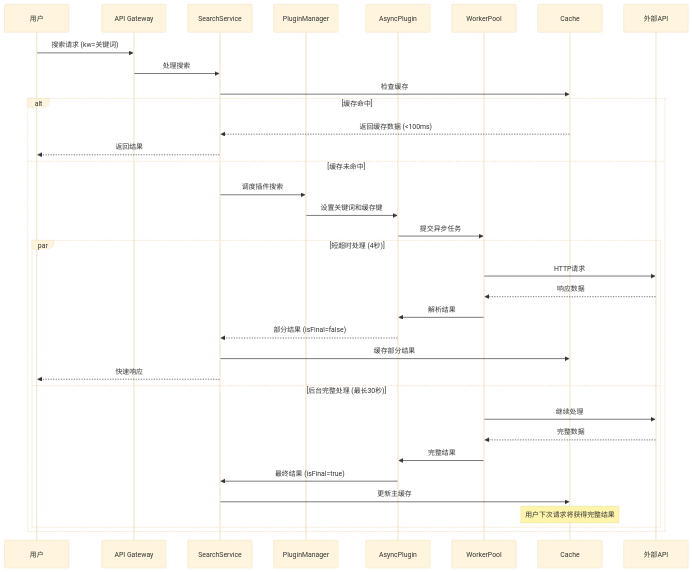
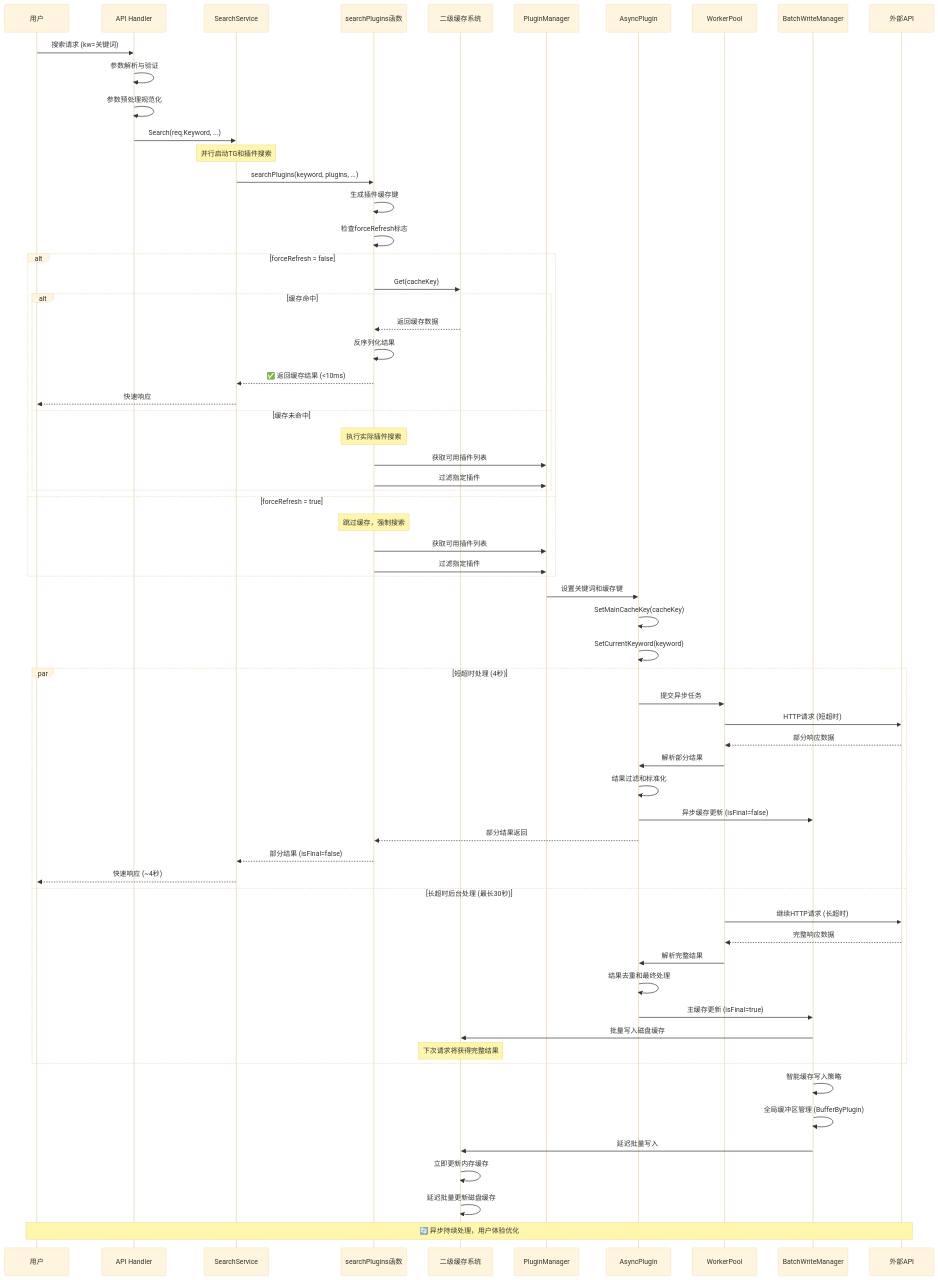
One commit to yunwuyue89/panyisou changed the second of 3 diagrams in docs/系统开发设计文档.md. Above: the diagram before and after it, drawn with Mermaid (base theme). The commit also changed other lines of this file, not shown here.

````diff
--- a/docs/系统开发设计文档.md
+++ b/docs/系统开发设计文档.md
@@ -117,40 +132,82 @@
 ```mermaid
 sequenceDiagram
     participant U as 用户
-    participant API as API Gateway
-    participant S as SearchService  
+    participant API as API Handler
+    participant S as SearchService
+    participant SP as searchPlugins函数
+    participant C as 二级缓存系统
     participant PM as PluginManager
     participant P as AsyncPlugin
     participant WP as WorkerPool
-    participant C as Cache
+    participant BWM as BatchWriteManager
     participant EXT as 外部API
 
+    %% 请求处理阶段
     U->>API: 搜索请求 (kw=关键词)
-    API->>S: 处理搜索
-    S->>C: 检查缓存
+    API->>API: 参数解析与验证
+    API->>API: 参数预处理规范化
+    API->>S: Search(req.Keyword, ...)
     
-    alt 缓存命中
-        C-->>S: 返回缓存数据 (<100ms)
-        S-->>U: 返回结果
-    else 缓存未命中
-        S->>PM: 调度插件搜索
-        PM->>P: 设置关键词和缓存键
+    %% 并行搜索启动
+    Note over S: 并行启动TG和插件搜索
+    S->>SP: searchPlugins(keyword, plugins, ...)
+    
+    %% 缓存检查阶段
+    SP->>SP: 生成插件缓存键
+    SP->>SP: 检查forceRefresh标志
+    
+    alt forceRefresh = false
+        SP->>C: Get(cacheKey)
+        alt 缓存命中
+            C-->>SP: 返回缓存数据
+            SP->>SP: 反序列化结果
+            SP-->>S: ✅ 返回缓存结果 (<10ms)
+            S-->>U: 快速响应
+        else 缓存未命中
+            Note over SP: 执行实际插件搜索
+            SP->>PM: 获取可用插件列表
+            SP->>PM: 过滤指定插件
+        end
+    else forceRefresh = true
+        Note over SP: 跳过缓存，强制搜索
+        SP->>PM: 获取可用插件列表
+        SP->>PM: 过滤指定插件
+    end
+    
+    %% 异步搜索执行
+    PM->>P: 设置关键词和缓存键
+    P->>P: SetMainCacheKey(cacheKey)
+    P->>P: SetCurrentKeyword(keyword)
+    
+    %% 双级超时机制
+    par 短超时处理 (4秒)
         P->>WP: 提交异步任务
-        
-        par 短超时处理 (4秒)
-            WP->>EXT: HTTP请求
-            EXT-->>WP: 响应数据
-            WP->>P: 解析结果
-            P-->>S: 部分结果 (isFinal=false)
-            S->>C: 缓存部分结果
-            S-->>U: 快速响应
-        and 后台完整处理 (最长30秒)
-            WP->>EXT: 继续处理
-            EXT-->>WP: 完整数据
-            WP->>P: 完整结果
-            P->>S: 最终结果 (isFinal=true)
-            S->>C: 更新主缓存
-            Note over C: 用户下次请求将获得完整结果
-        end
+        WP->>EXT: HTTP请求 (短超时)
+        EXT-->>WP: 部分响应数据
+        WP->>P: 解析部分结果
+        P->>P: 结果过滤和标准化
+        P->>BWM: 异步缓存更新 (isFinal=false)
+        P-->>SP: 部分结果返回
+        SP-->>S: 部分结果 (isFinal=false)
+        S-->>U: 快速响应 (~4秒)
+    and 长超时后台处理 (最长30秒)
+        WP->>EXT: 继续HTTP请求 (长超时)
+        EXT-->>WP: 完整响应数据
+        WP->>P: 解析完整结果
+        P->>P: 结果去重和最终处理
+        P->>BWM: 主缓存更新 (isFinal=true)
+        BWM->>C: 批量写入磁盘缓存
+        Note over C: 下次请求将获得完整结果
     end
+    
+    %% 缓存写入管理
+    BWM->>BWM: 智能缓存写入策略
+    BWM->>BWM: 全局缓冲区管理 (BufferByPlugin)
+    BWM->>C: 延迟批量写入
+    
+    %% 缓存系统内部
+    C->>C: 立即更新内存缓存
+    C->>C: 延迟批量更新磁盘缓存
+    
+    Note over U,EXT: 🔄 异步持续处理，用户体验优化
 ```
````
